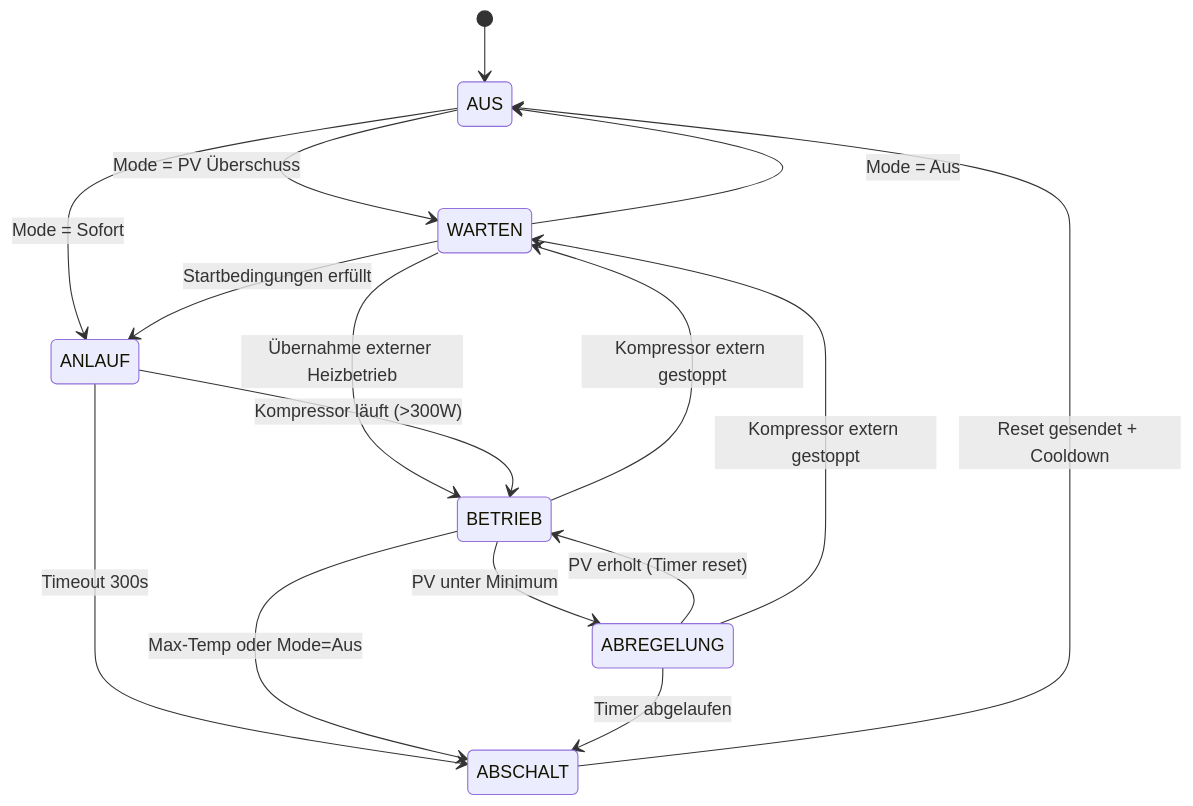
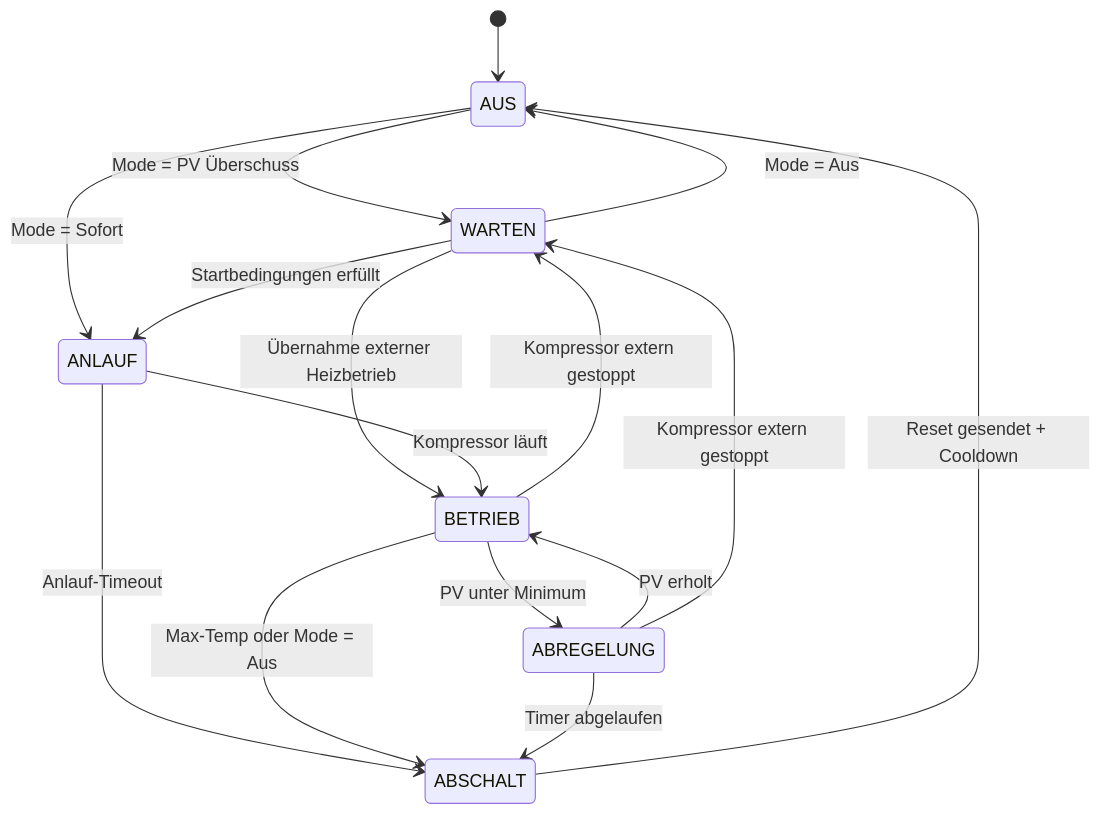
The diagram in pv_wp_control/README.md (tsgwiro1/rwi_ha_apps), drawn with Mermaid before and after one commit. The commit also changed other lines of this file and 1 other file, not shown here.

````diff
--- a/pv_wp_control/README.md
+++ b/pv_wp_control/README.md
@@ -95,18 +101,18 @@
 ```mermaid
 stateDiagram-v2
     [*] --> AUS
     AUS --> WARTEN : Mode = PV Überschuss
     AUS --> ANLAUF : Mode = Sofort
     WARTEN --> ANLAUF : Startbedingungen erfüllt
     WARTEN --> BETRIEB : Übernahme externer Heizbetrieb
     WARTEN --> AUS : Mode = Aus
-    ANLAUF --> BETRIEB : Kompressor läuft (>300W)
-    ANLAUF --> ABSCHALT : Timeout 300s
+    ANLAUF --> BETRIEB : Kompressor läuft
+    ANLAUF --> ABSCHALT : Anlauf-Timeout
     BETRIEB --> ABREGELUNG : PV unter Minimum
-    BETRIEB --> ABSCHALT : Max-Temp oder Mode=Aus
+    BETRIEB --> ABSCHALT : Max-Temp oder Mode = Aus
     BETRIEB --> WARTEN : Kompressor extern gestoppt
-    ABREGELUNG --> BETRIEB : PV erholt (Timer reset)
+    ABREGELUNG --> BETRIEB : PV erholt
     ABREGELUNG --> ABSCHALT : Timer abgelaufen
     ABREGELUNG --> WARTEN : Kompressor extern gestoppt
     ABSCHALT --> AUS : Reset gesendet + Cooldown
 ```
````
